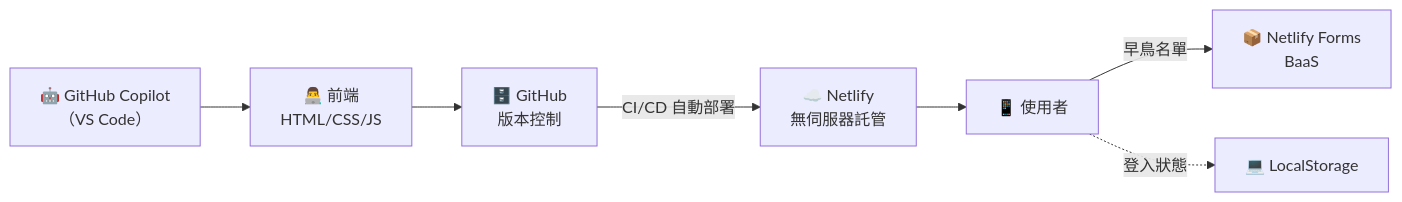
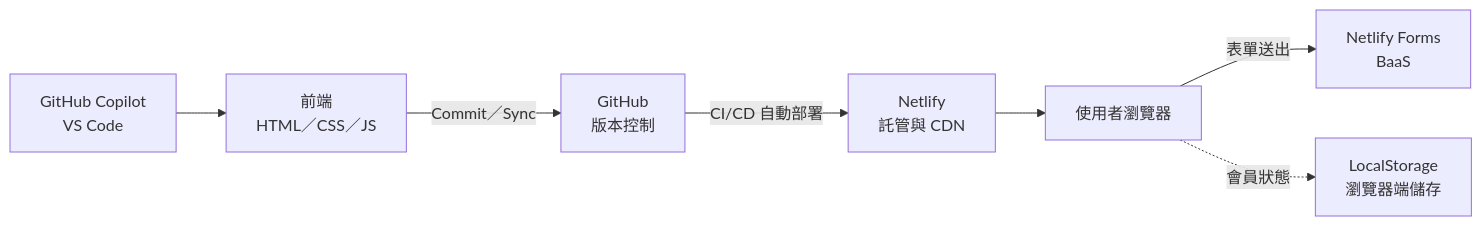
Before and after one commit to cychiang-ntpu/VibeNTPU: the diagram in docs/pitch_template.md, drawn with Mermaid. The commit also changed other lines of this file and 43 other files, not shown here.

````diff
--- a/docs/pitch_template.md
+++ b/docs/pitch_template.md
@@ -33,9 +44,9 @@
 ```mermaid
 flowchart LR
-    AI["🤖 GitHub Copilot<br/>（VS Code）"] --> F["👨‍💻 前端<br/>HTML/CSS/JS"]
-    F --> G["🗄️ GitHub<br/>版本控制"]
-    G -- "CI/CD 自動部署" --> N["☁️ Netlify<br/>無伺服器託管"]
-    N --> U["📱 使用者"]
-    U -- "早鳥名單" --> B["📦 Netlify Forms<br/>BaaS"]
-    U -. "登入狀態" .-> L["💻 LocalStorage"]
+    AI["GitHub Copilot<br/>VS Code"] --> F["前端<br/>HTML／CSS／JS"]
+    F -- "Commit／Sync" --> G["GitHub<br/>版本控制"]
+    G -- "CI/CD 自動部署" --> N["Netlify<br/>託管與 CDN"]
+    N --> U["使用者瀏覽器"]
+    U -- "表單送出" --> B["Netlify Forms<br/>BaaS"]
+    U -. "會員狀態" .-> L["LocalStorage<br/>瀏覽器端儲存"]
 ```
````
